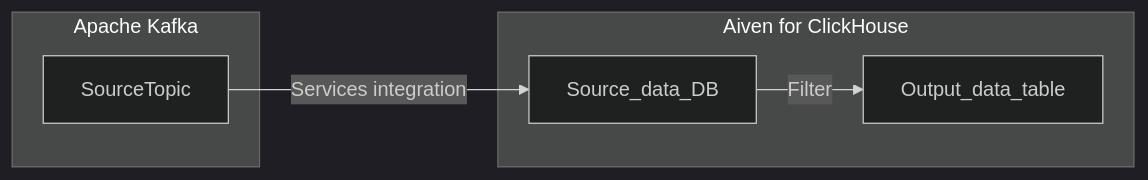
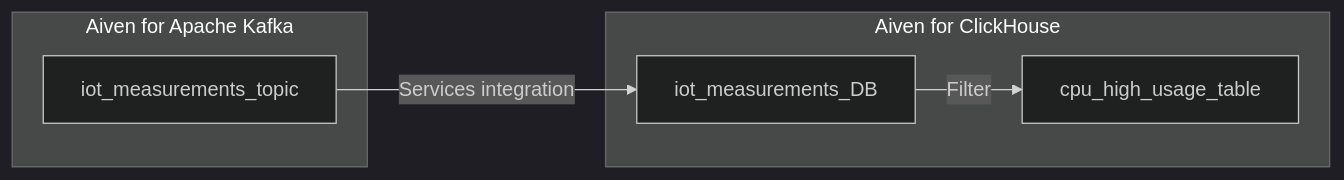
One commit to aiven/devportal changed the diagram in docs/tools/terraform/reference/cookbook/kafka-clickhouse-integration-recipe.rst. Above: the diagram before and after it, drawn with Mermaid (dark theme).

Commit message:
Dewan's comments

```diff
--- a/docs/tools/terraform/reference/cookbook/kafka-clickhouse-integration-recipe.rst
+++ b/docs/tools/terraform/reference/cookbook/kafka-clickhouse-integration-recipe.rst
@@ -30,10 +22,10 @@
 .. mermaid::
 
    flowchart LR
-      subgraph Apache Kafka
-      SourceTopic
+      subgraph Aiven for Apache Kafka
+      iot_measurements_topic
       end
       subgraph Aiven for ClickHouse
-      SourceTopic-->|Services integration|Source_data_DB
-      Source_data_DB-->|Filter|Output_data_table
+      iot_measurements_topic-->|Services integration|iot_measurements_DB
+      iot_measurements_DB-->|Filter|cpu_high_usage_table
       end
```
